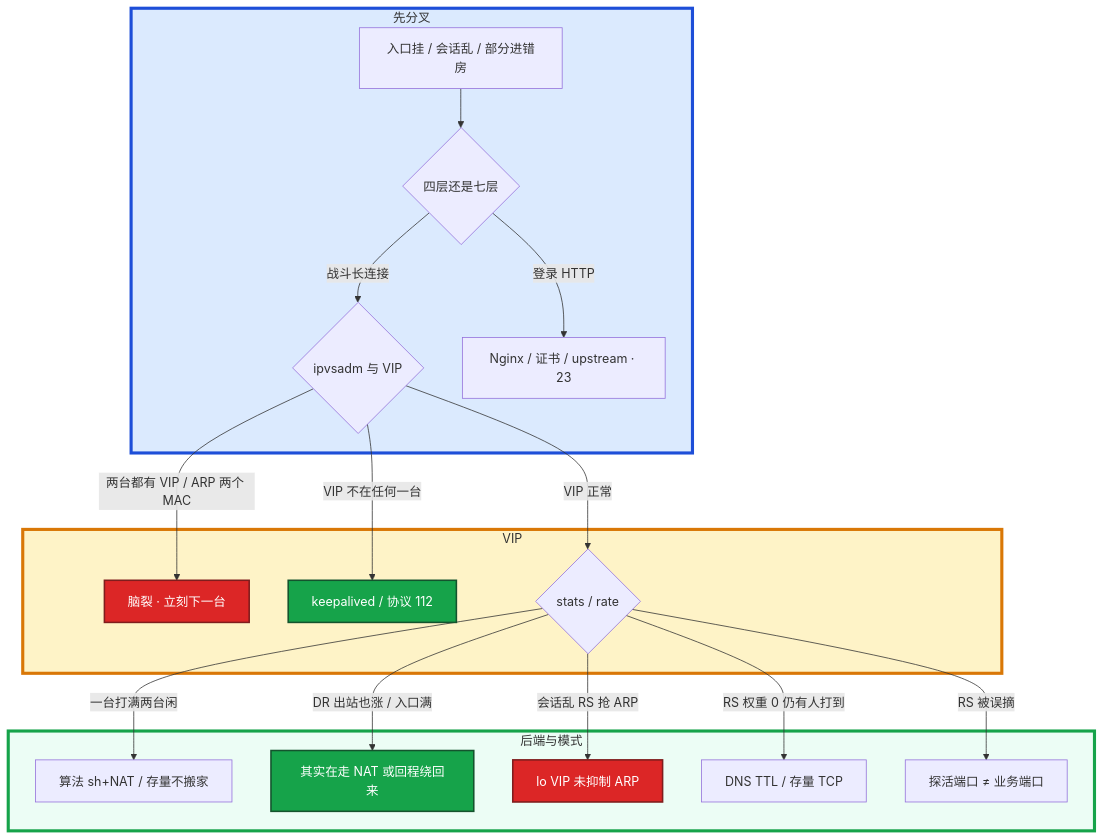
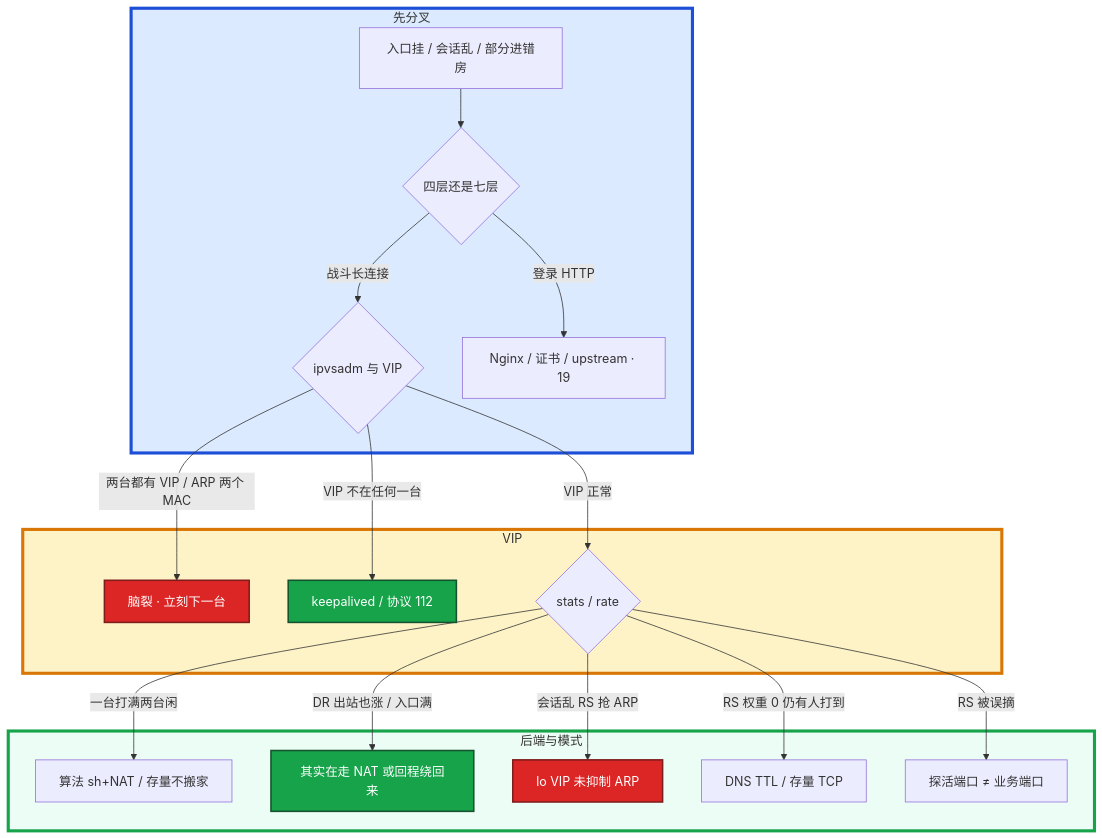
One commit to ml-cuizijun/LearnToLilith changed the sixth of 6 diagrams in 01-基础底座/18-LVS与四层负载均衡/知识点.md. Above: the diagram before and after it, drawn with Mermaid. The commit also changed other lines of this file and 56 other files, not shown here.

````diff
--- a/01-基础底座/18-LVS与四层负载均衡/知识点.md
+++ b/01-基础底座/18-LVS与四层负载均衡/知识点.md
@@ -940,31 +940,31 @@
 ```mermaid
 flowchart TB
     subgraph gate ["先分叉"]
         A[入口挂 / 会话乱 / 部分进错房] --> B{四层还是七层}
         B -->|战斗长连接| C{ipvsadm 与 VIP}
-        B -->|登录 HTTP| N[Nginx / 证书 / upstream · 23]
+        B -->|登录 HTTP| N[Nginx / 证书 / upstream · 19]
     end
 
     subgraph vip ["VIP"]
         C -->|两台都有 VIP / ARP 两个 MAC| D[脑裂 · 立刻下一台]
         C -->|VIP 不在任何一台| E[keepalived / 协议 112]
         C -->|VIP 正常| F{stats / rate}
     end
 
     subgraph rs ["后端与模式"]
         F -->|一台打满两台闲| G[算法 sh+NAT / 存量不搬家]
         F -->|DR 出站也涨 / 入口满| H[其实在走 NAT 或回程绕回来]
         F -->|会话乱 RS 抢 ARP| I[lo VIP 未抑制 ARP]
         F -->|RS 权重 0 仍有人打到| J[DNS TTL / 存量 TCP]
         F -->|RS 被误摘| K[探活端口 ≠ 业务端口]
     end
 
     classDef bad fill:#DC2626,stroke:#7F1D1D,stroke-width:2px,color:#fff
     classDef ok fill:#16A34A,stroke:#14532D,stroke-width:2px,color:#fff
     class D,I bad
     class E,H ok
 
     style gate fill:#DBEAFE,stroke:#1D4ED8,stroke-width:4px
     style vip fill:#FEF3C7,stroke:#D97706,stroke-width:4px
     style rs fill:#ECFDF5,stroke:#16A34A,stroke-width:4px
 ```
````
